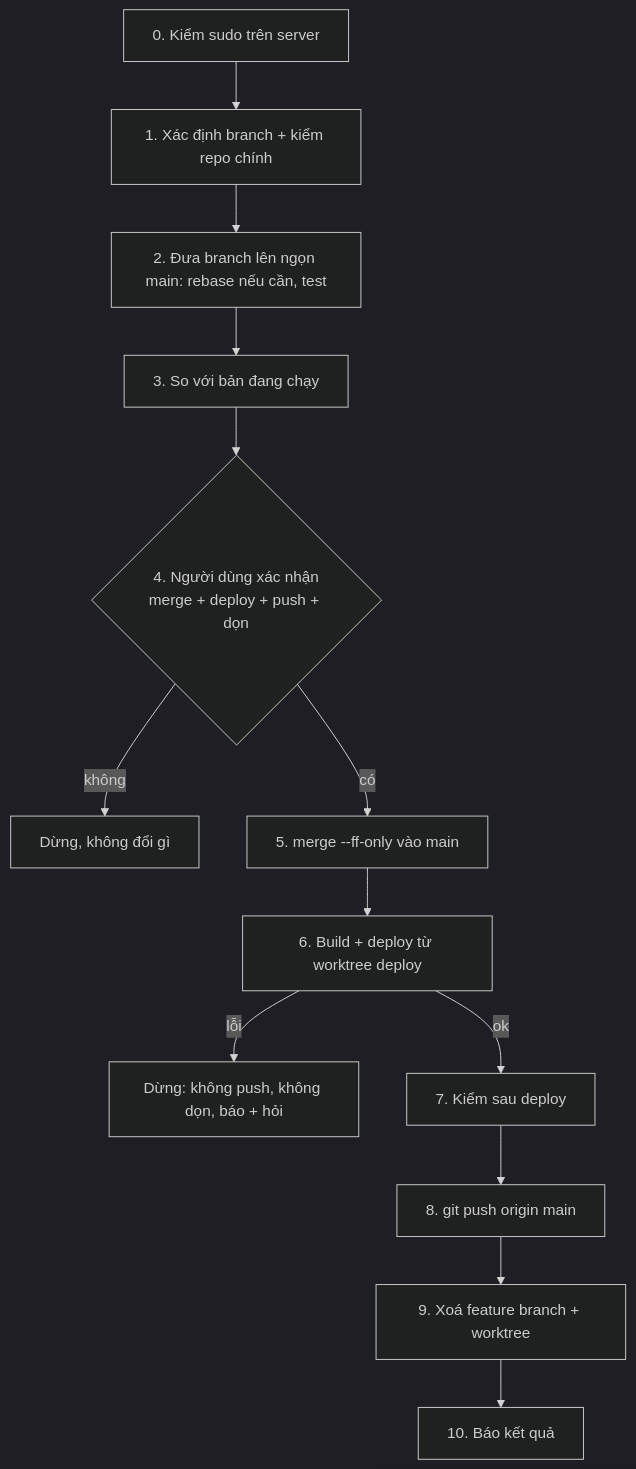
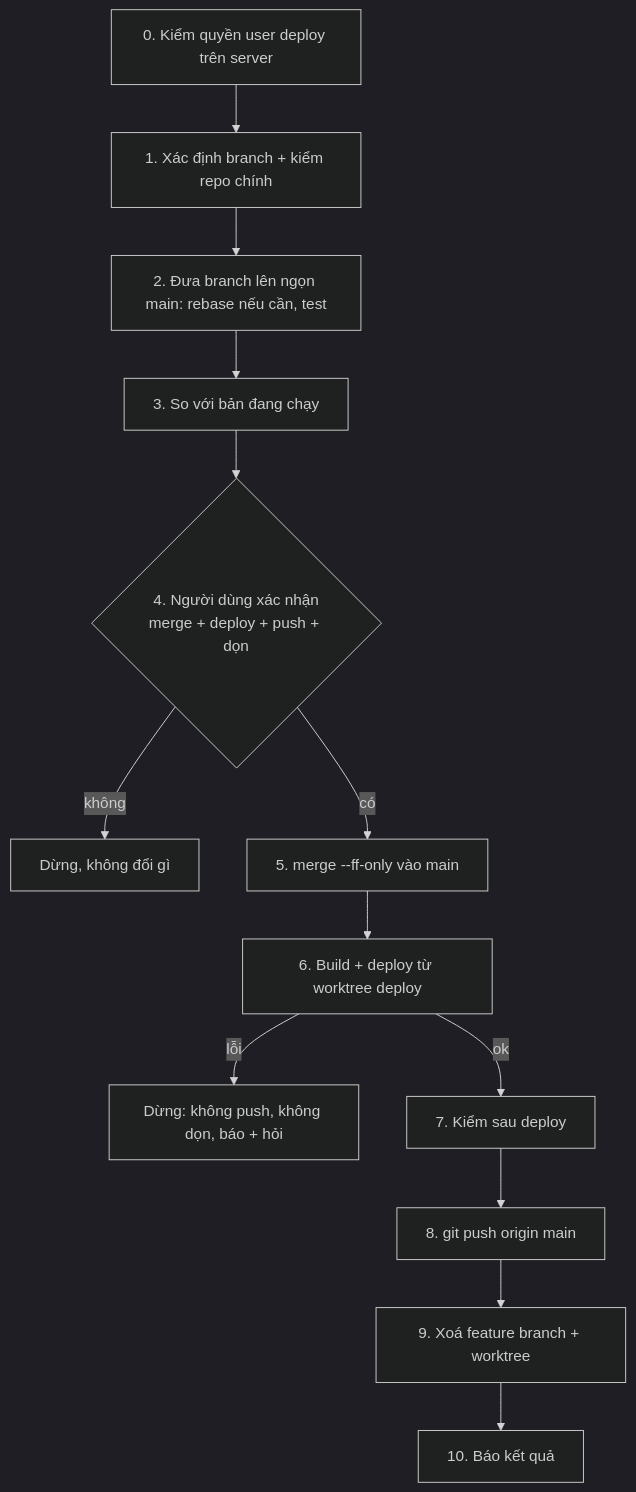
Before and after one commit to robinvh85/bigwaves: the diagram in .claude/skills/deploy/SKILL.md, drawn with Mermaid (dark theme). The commit also changed other lines of this file and 4 other files, not shown here.

First line of the commit message:
Deploy as an unprivileged deploy user instead of root

````diff
--- a/.claude/skills/deploy/SKILL.md
+++ b/.claude/skills/deploy/SKILL.md
@@ -26,15 +26,15 @@
 ```mermaid
 flowchart TD
-  A[0. Kiểm sudo trên server] --> B[1. Xác định branch + kiểm repo chính]
+  A[0. Kiểm quyền user deploy trên server] --> B[1. Xác định branch + kiểm repo chính]
   B --> C[2. Đưa branch lên ngọn main: rebase nếu cần, test]
   C --> D[3. So với bản đang chạy]
   D --> E{4. Người dùng xác nhận<br/>merge + deploy + push + dọn}
   E -- không --> X[Dừng, không đổi gì]
   E -- có --> F[5. merge --ff-only vào main]
   F --> G[6. Build + deploy từ worktree deploy]
   G -- lỗi --> R[Dừng: không push, không dọn, báo + hỏi]
   G -- ok --> H[7. Kiểm sau deploy]
   H --> I[8. git push origin main]
   I --> J[9. Xoá feature branch + worktree]
   J --> K[10. Báo kết quả]
 ```
````
